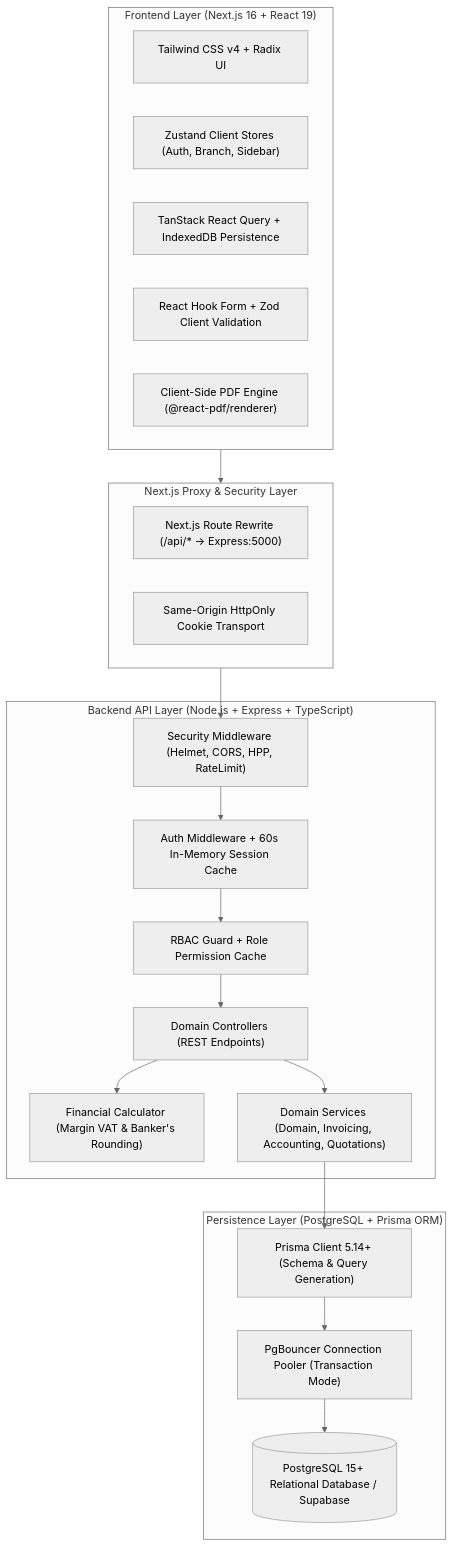
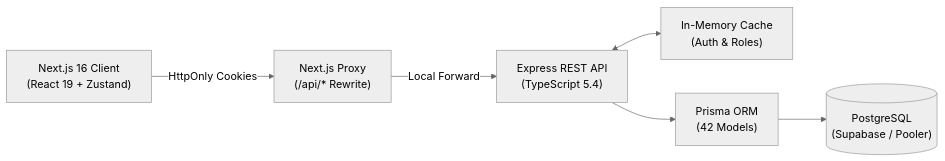
The diagram in README.md (Khubaib-shah/Trip-Trails-CRM-ERP-COA), drawn with Mermaid (neutral theme) before and after one commit. The commit also changed other lines of this file, not shown here.

````diff
--- a/README.md
+++ b/README.md
@@ -61,41 +50,15 @@
 ```mermaid
-flowchart TB
-    subgraph Client ["Frontend Layer (Next.js 16 + React 19)"]
-        UI["Tailwind CSS v4 + Radix UI"]
-        State["Zustand Client Stores (Auth, Branch, Sidebar)"]
-        Query["TanStack React Query + IndexedDB Persistence"]
-        RHF["React Hook Form + Zod Client Validation"]
-        PDF["Client-Side PDF Engine (@react-pdf/renderer)"]
-    end
+flowchart LR
+    Browser["Next.js 16 Client\n(React 19 + Zustand)"]
+    Proxy["Next.js Proxy\n(/api/* Rewrite)"]
+    API["Express REST API\n(TypeScript 5.4)"]
+    Cache["In-Memory Cache\n(Auth & Roles)"]
+    Prisma["Prisma ORM\n(42 Models)"]
+    DB[("PostgreSQL\n(Supabase / Pooler)")]
 
-    subgraph Gateway ["Next.js Proxy & Security Layer"]
-        Proxy["Next.js Route Rewrite (/api/* -> Express:5000)"]
-        CookieManager["Same-Origin HttpOnly Cookie Transport"]
-    end
-
-    subgraph Backend ["Backend API Layer (Node.js + Express + TypeScript)"]
-        Middleware["Security Middleware (Helmet, CORS, HPP, RateLimit)"]
-        AuthMid["Auth Middleware + 60s In-Memory Session Cache"]
-        RoleMid["RBAC Guard + Role Permission Cache"]
-        Controllers["Domain Controllers (REST Endpoints)"]
-        FinCalc["Financial Calculator (Margin VAT & Banker's Rounding)"]
-        Services["Domain Services (Domain, Invoicing, Accounting, Quotations)"]
-    end
-
-    subgraph Database ["Persistence Layer (PostgreSQL + Prisma ORM)"]
-        Prisma["Prisma Client 5.14+ (Schema & Query Generation)"]
-        PgPool["PgBouncer Connection Pooler (Transaction Mode)"]
-        PG[(PostgreSQL 15+ Relational Database / Supabase)]
-    end
-
-    Client --> Gateway
-    Gateway --> Middleware
-    Middleware --> AuthMid
-    AuthMid --> RoleMid
-    RoleMid --> Controllers
-    Controllers --> FinCalc
-    Controllers --> Services
-    Services --> Prisma
-    Prisma --> PgPool
-    PgPool --> PG
+    Browser -->|HttpOnly Cookies| Proxy
+    Proxy -->|Local Forward| API
+    API <--> Cache
+    API --> Prisma
+    Prisma --> DB
 ```
````
